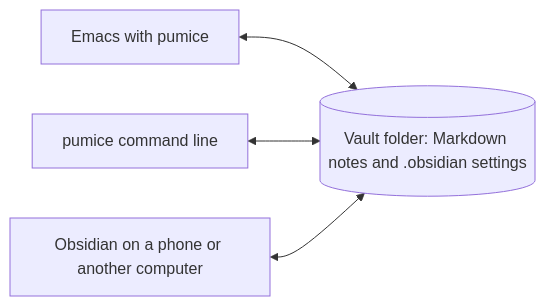
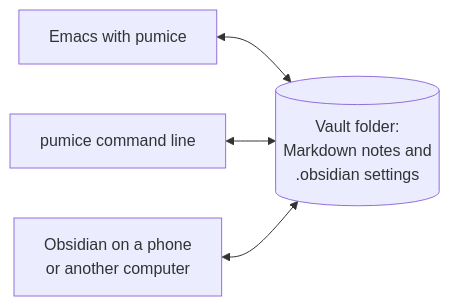
The diagram in README.md (kirahowe/pumice), drawn with Mermaid before and after one commit.

Commit message:
Stop GitHub clipping the README diagram labels
GitHub sizes mermaid's HTML labels with one font and draws them in
another, so the end of every label was cut off. Plain SVG text labels
aren't clipped to the box, and the line breaks keep the long labels
from making the boxes too wide.

````diff
--- a/README.md
+++ b/README.md
@@ -25,7 +25,8 @@
 ```mermaid
+%%{init: {"flowchart": {"htmlLabels": false}}}%%
 flowchart LR
-    vault[("Vault folder: Markdown notes and .obsidian settings")]
+    vault[("Vault folder:<br>Markdown notes and<br>.obsidian settings")]
     emacs["Emacs with pumice"] <--> vault
     cli["pumice command line"] <--> vault
-    phone["Obsidian on a phone or another computer"] <--> vault
+    phone["Obsidian on a phone<br>or another computer"] <--> vault
 ```
````
